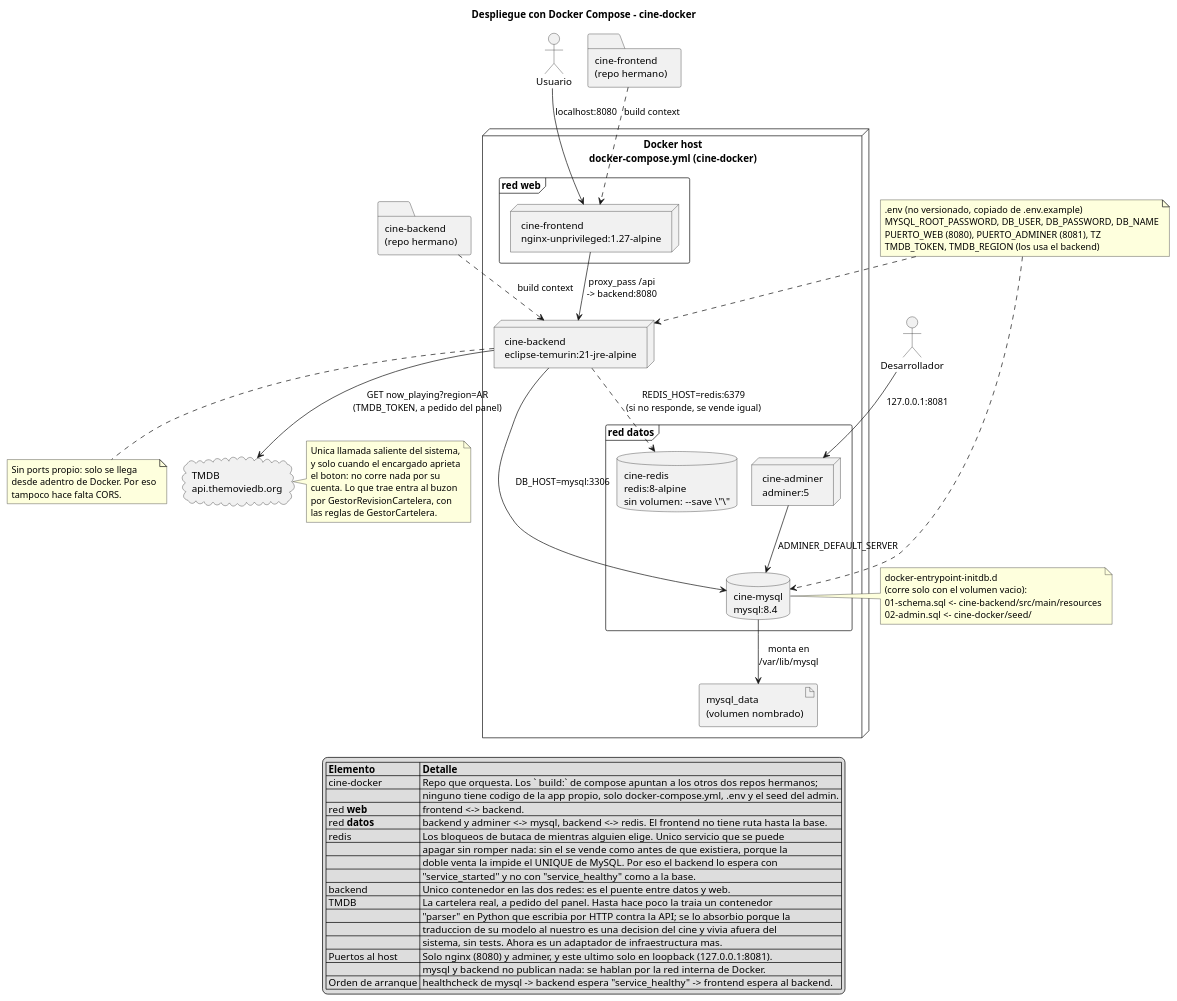
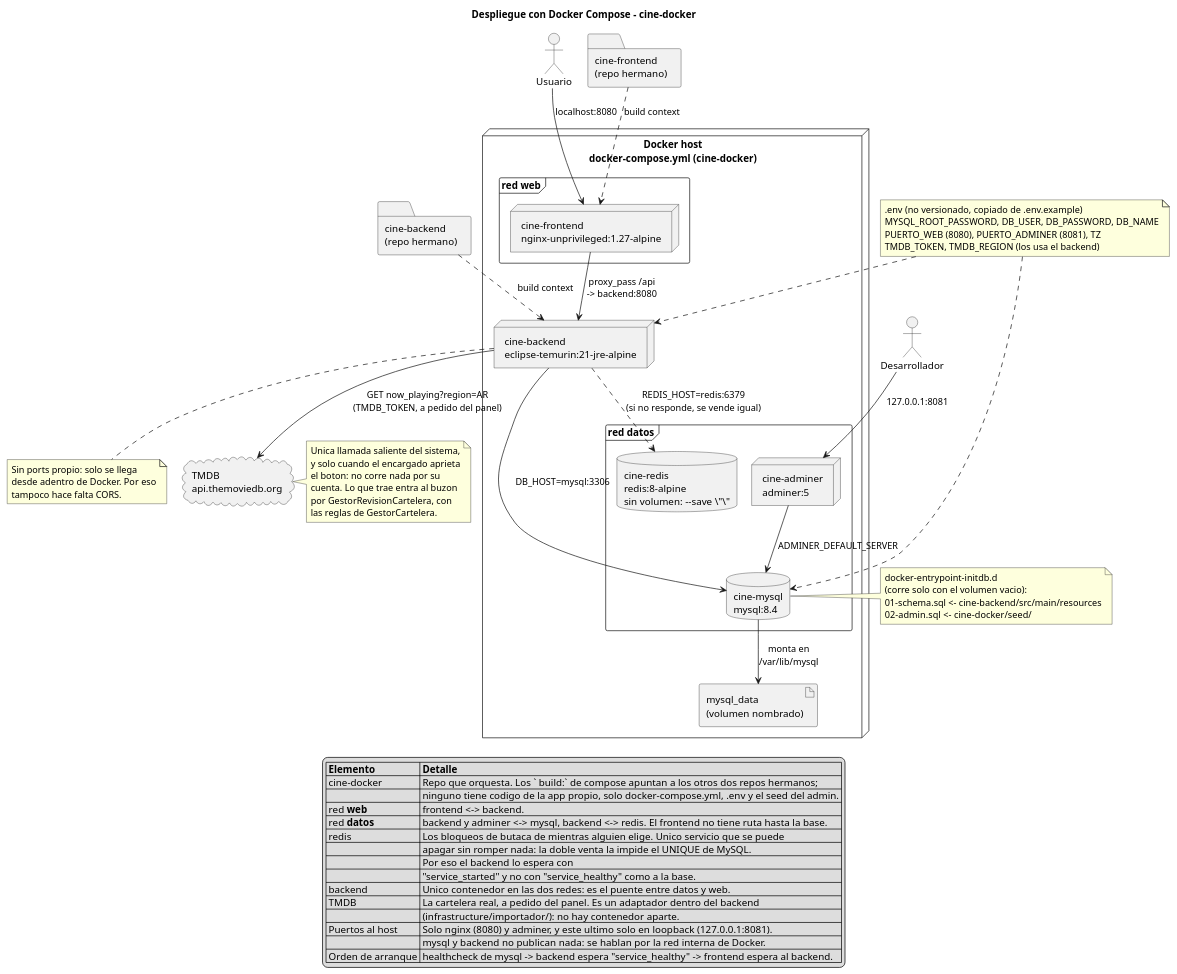
Before and after one commit to andreiveisuade/cine-uade: the diagram in cine-backend/docs/diagramas/docker-despliegue.puml, drawn with PlantUML. The commit also changed 17 other files, not shown here.

First line of the commit message:
docs(diagramas): sumar cinco diagramas y sacar el texto historico

```diff
--- a/cine-backend/docs/diagramas/docker-despliegue.puml
+++ b/cine-backend/docs/diagramas/docker-despliegue.puml
@@ -1,95 +1,93 @@
 @startuml docker-despliegue
 title Despliegue con Docker Compose - cine-docker
 
 skinparam nodesep 20
 skinparam ranksep 45
 
 actor "Usuario" as usuario
 
 folder "cine-frontend\n(repo hermano)" as repoFrontend
 folder "cine-backend\n(repo hermano)" as repoBackend
 
 node "Docker host\ndocker-compose.yml (cine-docker)" {
   frame "red **web**" {
     node "cine-frontend\nnginx-unprivileged:1.27-alpine" as frontend
   }
 
   node "cine-backend\neclipse-temurin:21-jre-alpine" as backend
 
   frame "red **datos**" {
     database "cine-mysql\nmysql:8.4" as mysql
     database "cine-redis\nredis:8-alpine\nsin volumen: --save \"\"" as redis
     node "cine-adminer\nadminer:5" as adminer
   }
 
   artifact "mysql_data\n(volumen nombrado)" as vol
 }
 
 actor "Desarrollador" as dev
 cloud "TMDB\napi.themoviedb.org" as tmdb
 
 repoFrontend .down.> frontend : build context
 repoBackend .down.> backend : build context
 
 usuario --> frontend : "localhost:8080"
 dev --> adminer : "127.0.0.1:8081"
 
 frontend --> backend : proxy_pass /api\n-> backend:8080
 backend --> tmdb : GET now_playing?region=AR\n(TMDB_TOKEN, a pedido del panel)
 backend --> mysql : DB_HOST=mysql:3306
 backend ..> redis : REDIS_HOST=redis:6379\n(si no responde, se vende igual)
 adminer --> mysql : ADMINER_DEFAULT_SERVER
 mysql --> vol : monta en\n/var/lib/mysql
 
 note right of mysql
   docker-entrypoint-initdb.d
   (corre solo con el volumen vacio):
   01-schema.sql <- cine-backend/src/main/resources
   02-admin.sql  <- cine-docker/seed/
 end note
 
 note bottom of backend
   Sin ports propio: solo se llega
   desde adentro de Docker. Por eso
   tampoco hace falta CORS.
 end note
 
 note right of tmdb
   Unica llamada saliente del sistema,
   y solo cuando el encargado aprieta
   el boton: no corre nada por su
   cuenta. Lo que trae entra al buzon
   por GestorRevisionCartelera, con
   las reglas de GestorCartelera.
 end note
 
 note as envNote
   .env (no versionado, copiado de .env.example)
   MYSQL_ROOT_PASSWORD, DB_USER, DB_PASSWORD, DB_NAME
   PUERTO_WEB (8080), PUERTO_ADMINER (8081), TZ
   TMDB_TOKEN, TMDB_REGION (los usa el backend)
 end note
 envNote ..> mysql
 envNote ..> backend
 
 legend bottom
   |= Elemento |= Detalle |
   | cine-docker | Repo que orquesta. Los ` build:` de compose apuntan a los otros dos repos hermanos; |
   |  | ninguno tiene codigo de la app propio, solo docker-compose.yml, .env y el seed del admin. |
   | red **web** | frontend <-> backend. |
   | red **datos** | backend y adminer <-> mysql, backend <-> redis. El frontend no tiene ruta hasta la base. |
   | redis | Los bloqueos de butaca de mientras alguien elige. Unico servicio que se puede |
-  |  | apagar sin romper nada: sin el se vende como antes de que existiera, porque la |
-  |  | doble venta la impide el UNIQUE de MySQL. Por eso el backend lo espera con |
+  |  | apagar sin romper nada: la doble venta la impide el UNIQUE de MySQL. |
+  |  | Por eso el backend lo espera con |
   |  | "service_started" y no con "service_healthy" como a la base. |
   | backend | Unico contenedor en las dos redes: es el puente entre datos y web. |
-  | TMDB | La cartelera real, a pedido del panel. Hasta hace poco la traia un contenedor |
-  |  | "parser" en Python que escribia por HTTP contra la API; se lo absorbio porque la |
-  |  | traduccion de su modelo al nuestro es una decision del cine y vivia afuera del |
-  |  | sistema, sin tests. Ahora es un adaptador de infraestructura mas. |
+  | TMDB | La cartelera real, a pedido del panel. Es un adaptador dentro del backend |
+  |  | (infrastructure/importador/): no hay contenedor aparte. |
   | Puertos al host | Solo nginx (8080) y adminer, y este ultimo solo en loopback (127.0.0.1:8081). |
   |  | mysql y backend no publican nada: se hablan por la red interna de Docker. |
   | Orden de arranque | healthcheck de mysql -> backend espera "service_healthy" -> frontend espera al backend. |
 endlegend
 
 @enduml
```
